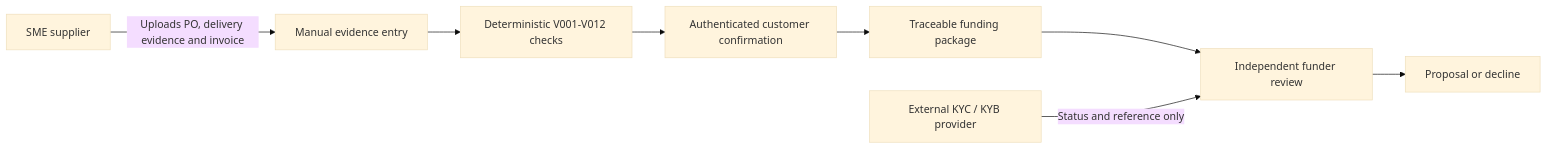
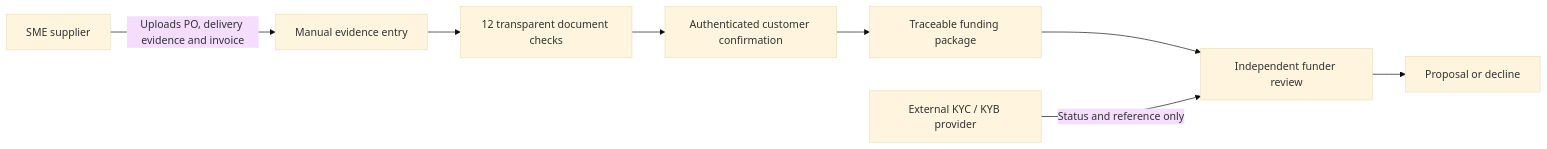
One commit to Baraka-kileo/proofflow changed the first of 2 diagrams in README.md. Above: the diagram before and after it, drawn with Mermaid (base theme). The commit also changed other lines of this file and 56 other files, not shown here.

````diff
--- a/README.md
+++ b/README.md
@@ -44,10 +44,10 @@
 ```mermaid
 flowchart LR
     SME["SME supplier"] -->|"Uploads PO, delivery evidence and invoice"| ENTRY["Manual evidence entry"]
-    ENTRY --> RULES["Deterministic V001-V012 checks"]
+    ENTRY --> RULES["12 transparent document checks"]
     RULES --> BUYER["Authenticated customer confirmation"]
     BUYER --> PACKAGE["Traceable funding package"]
     PACKAGE --> FUNDER["Independent funder review"]
     KYC["External KYC / KYB provider"] -->|"Status and reference only"| FUNDER
     FUNDER --> DECISION["Proposal or decline"]
 ```
````
